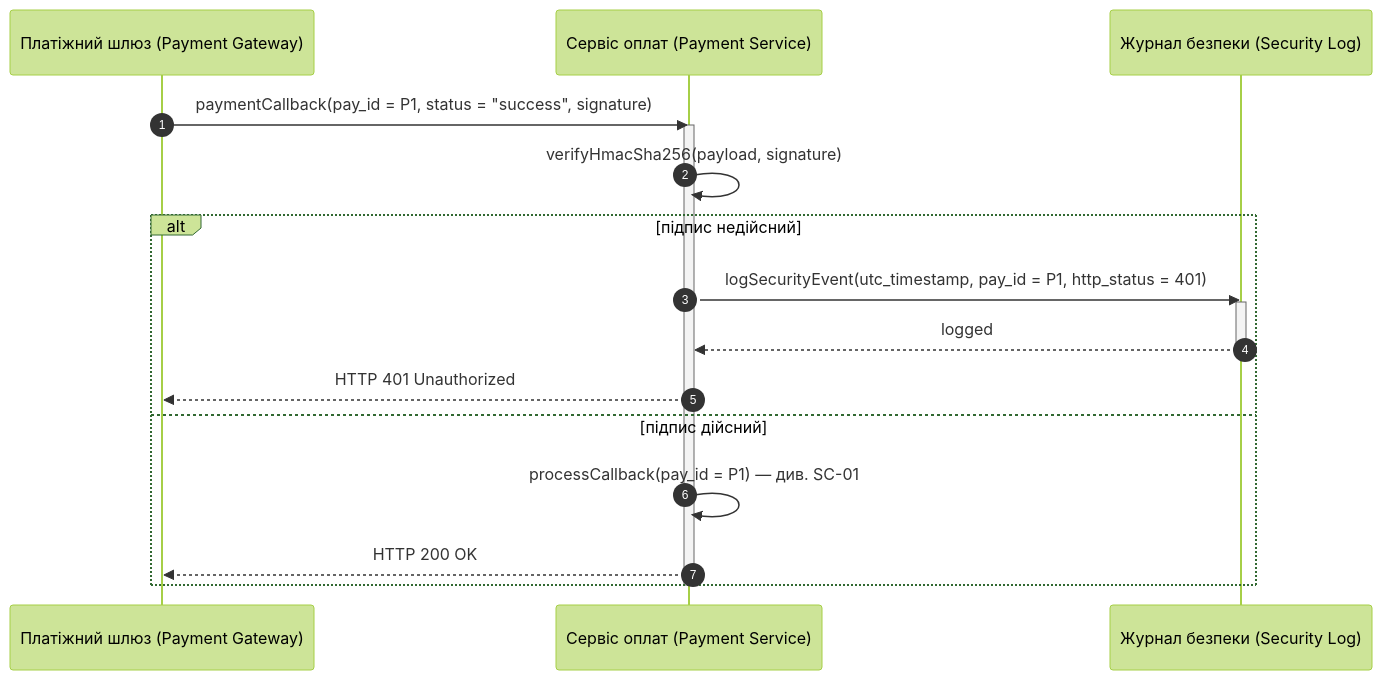
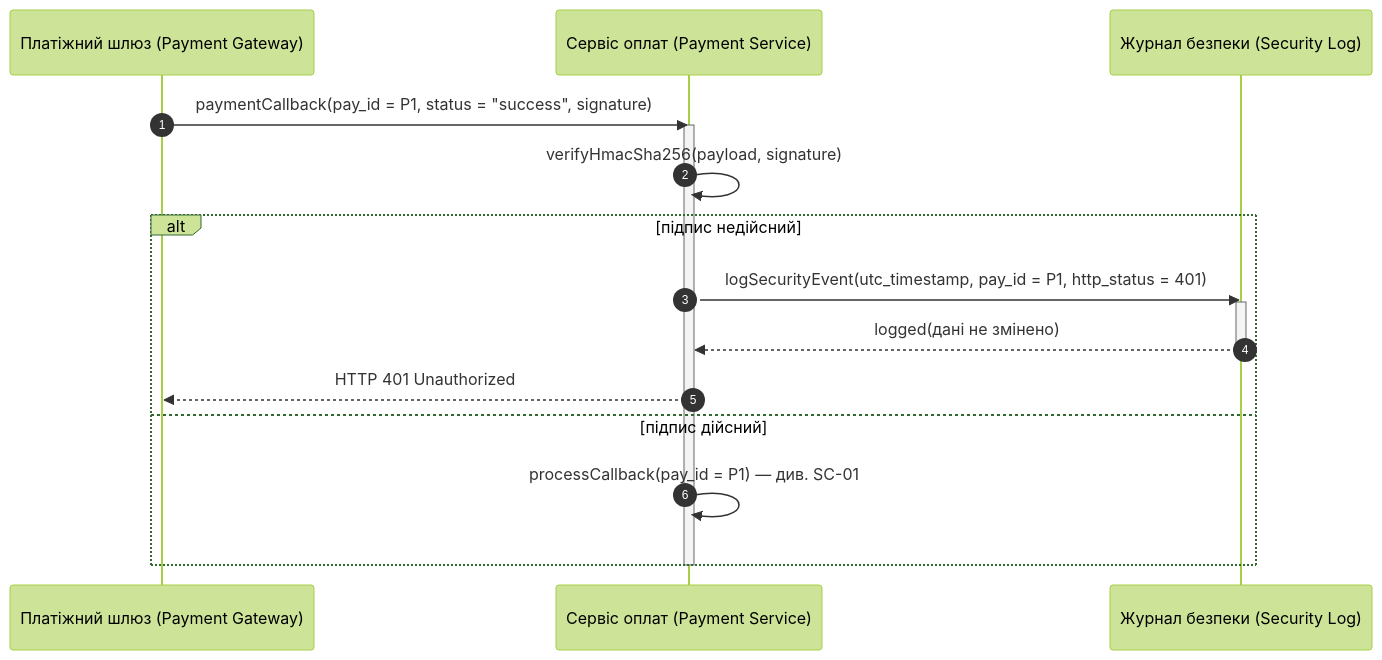
Before and after one commit to hutnichs/KPI_MAVPZ: the tenth of 15 diagrams in Lab3/diagram.md, drawn with Mermaid (forest theme). The commit also changed other lines of this file, not shown here.

````diff
--- a/Lab3/diagram.md
+++ b/Lab3/diagram.md
@@ -343,22 +357,21 @@
 ```mermaid
 sequenceDiagram
     autonumber
     participant PGW as Платіжний шлюз (Payment Gateway)
     participant PS as Сервіс оплат (Payment Service)
     participant SecLog as Журнал безпеки (Security Log)
 
     PGW->>PS: paymentCallback(pay_id = P1, status = "success", signature)
     activate PS
     PS->>PS: verifyHmacSha256(payload, signature)
     alt підпис недійсний
         PS->>SecLog: logSecurityEvent(utc_timestamp, pay_id = P1, http_status = 401)
         activate SecLog
-        SecLog-->>PS: logged
+        SecLog-->>PS: logged(дані не змінено)
         deactivate SecLog
         PS-->>PGW: HTTP 401 Unauthorized
     else підпис дійсний
         PS->>PS: processCallback(pay_id = P1) — див. SC-01
-        PS-->>PGW: HTTP 200 OK
     end
     deactivate PS
 ```
````
